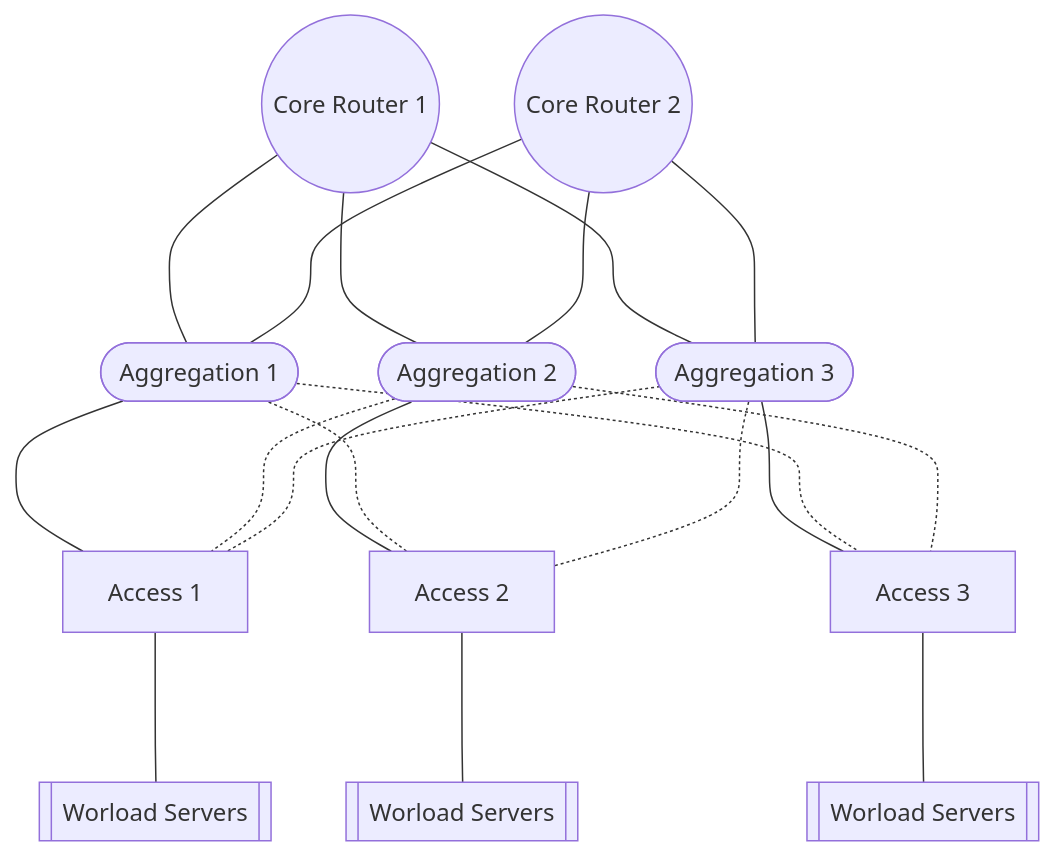
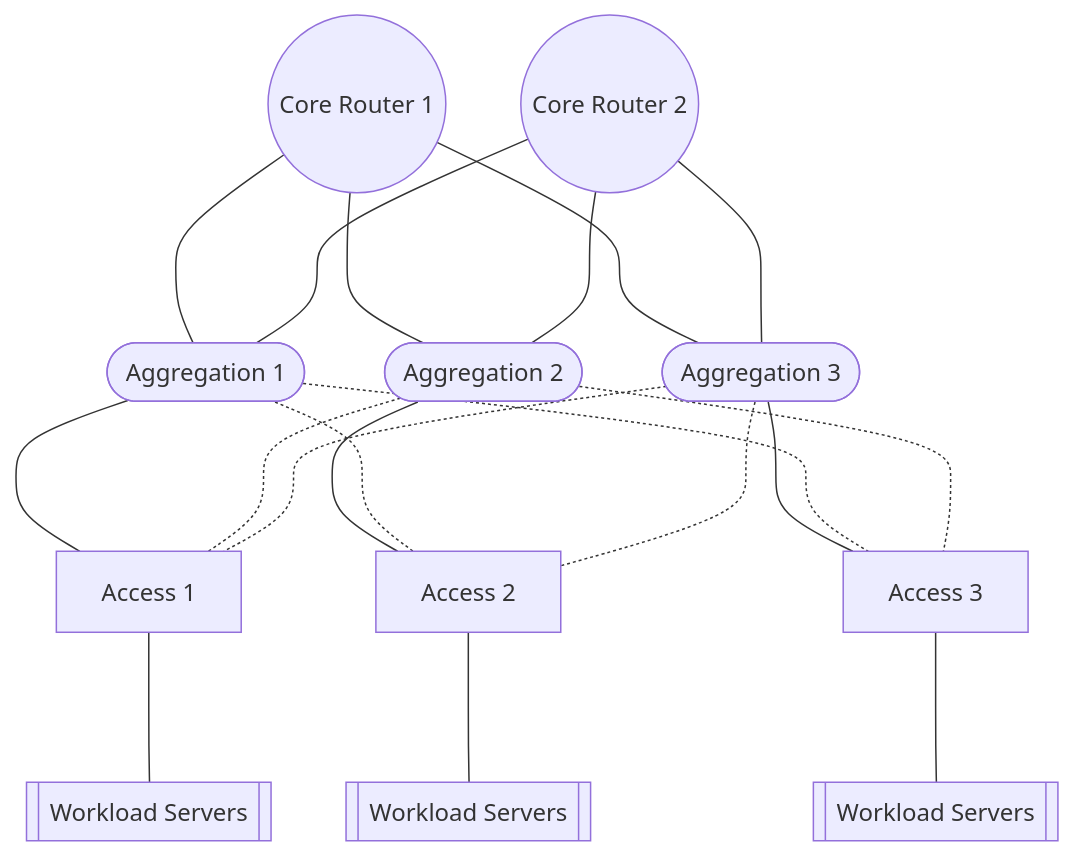
Before and after one commit to githedgehog/docs: the second of 2 diagrams in docs/faq/overview.md, drawn with Mermaid. The commit also changed other lines of this file, not shown here.

Commit message:
chore(faq): fix diagrams

````diff
--- a/docs/faq/overview.md
+++ b/docs/faq/overview.md
@@ -43,27 +43,27 @@
 ```mermaid
 graph TD
     CG1((Core Router 1))
     CG2((Core Router 2))
     AG1([Aggregation 1])
     AG2([Aggregation 2])
     AG3([Aggregation 3])
     A1[Access 1]
     A2[Access 2]
     A3[Access 3]
-    WS1[[Worload Servers]]
-    WS2[[Worload Servers]]
-    WS3[[Worload Servers]]
+    WS1[[Workload Servers]]
+    WS2[[Workload Servers]]
+    WS3[[Workload Servers]]
 
     CG1 ---- AG1 & AG2 & AG3
     CG2 ---- AG1 & AG2 & AG3
     AG1 ---- A1 
     AG2 ---- A2 
     AG3 ---- A3 
     AG1 -..- A2 & A3
     AG2 -..- A1 & A3
     AG3 -..- A1 & A2
     A1 ---- WS1
     A2 ---- WS2
     A3 ---- WS3
 
 ```
````
